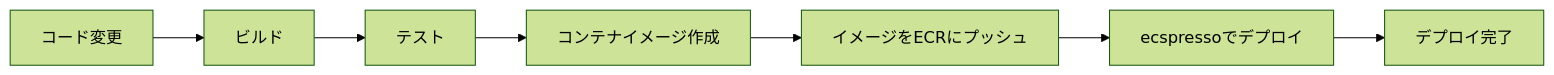
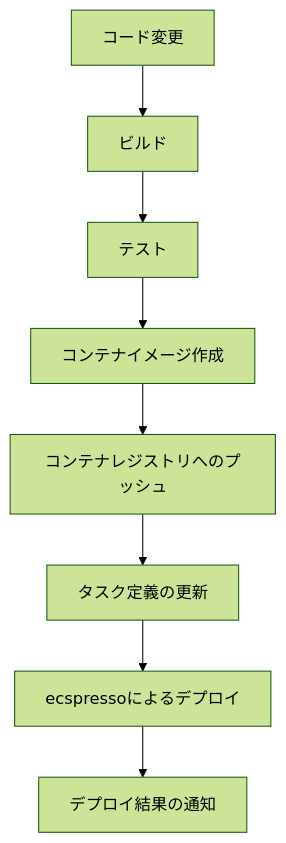
The first of 2 diagrams in ecspresso/practical/cicd.md (bufferings/devin-docs), drawn with Mermaid (forest theme) before and after one commit. The commit also changed other lines of this file and 29 other files, not shown here.

````diff
--- a/ecspresso/practical/cicd.md
+++ b/ecspresso/practical/cicd.md
@@ -17,9 +17,10 @@
 ```mermaid
-graph LR
+graph TD
     A[コード変更] --> B[ビルド]
     B --> C[テスト]
     C --> D[コンテナイメージ作成]
-    D --> E[イメージをECRにプッシュ]
-    E --> F[ecspressoでデプロイ]
-    F --> G[デプロイ完了]
+    D --> E[コンテナレジストリへのプッシュ]
+    E --> F[タスク定義の更新]
+    F --> G[ecspressoによるデプロイ]
+    G --> H[デプロイ結果の通知]
 ```
````
